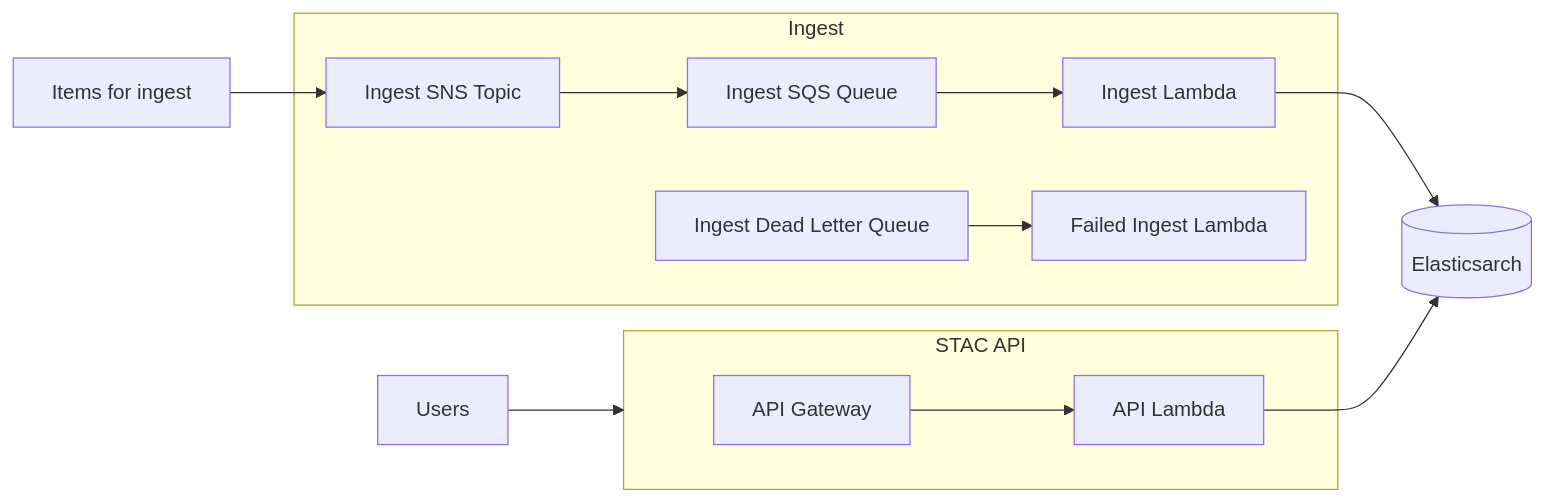
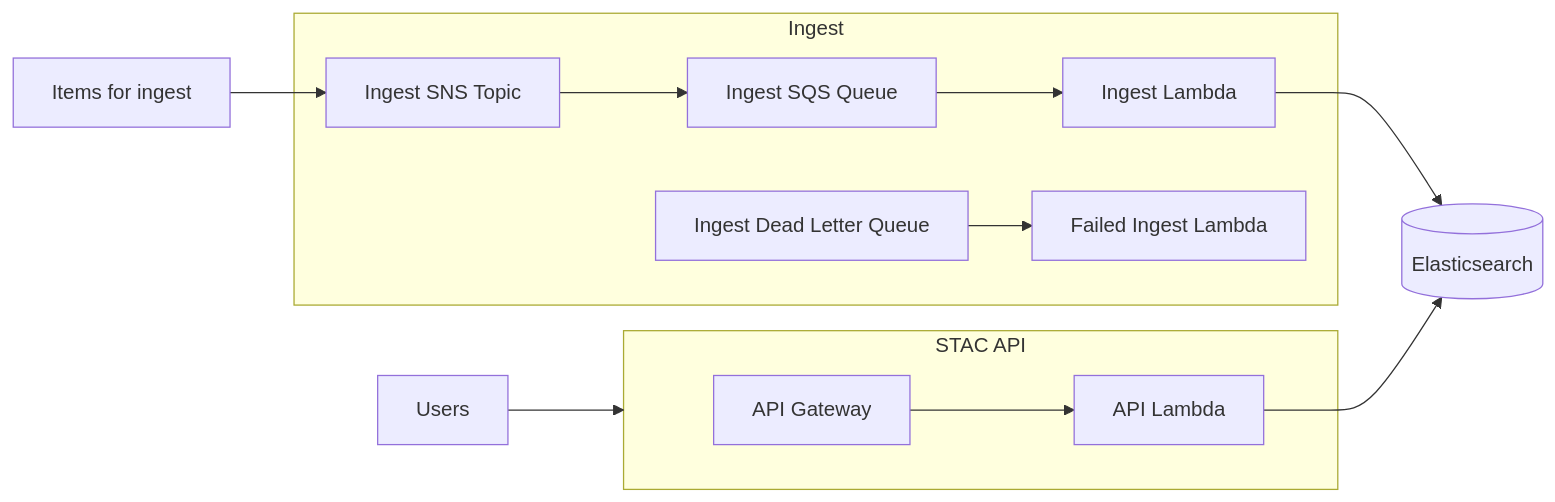
Before and after one commit to stac-utils/stac-server: the diagram in README.md, drawn with Mermaid.

Commit message:
Fix another typo

````diff
--- a/README.md
+++ b/README.md
@@ -41,39 +41,39 @@
 ```mermaid
 flowchart LR
 
 itemsForIngest[Items for ingest]
 
 subgraph ingest[Ingest]
   ingestSnsTopic[Ingest SNS Topic]
   ingestQueue[Ingest SQS Queue]
   ingestLambda[Ingest Lambda]
 
   ingestDeadLetterQueue[Ingest Dead Letter Queue]
   failedIngestLambda[Failed Ingest Lambda]
 end
 
 users[Users]
 
 subgraph api[STAC API]
   apiGateway[API Gateway]
   apiLambda[API Lambda]
 end
 
 elasticsearch[(Elasticsearch)]
 
 %% Ingest workflow
 
 itemsForIngest --> ingestSnsTopic
 ingestSnsTopic --> ingestQueue
 ingestQueue --> ingestLambda
-ingestLambda --> elasticsearch[(Elasticsarch)]
+ingestLambda --> elasticsearch
 
 ingestDeadLetterQueue --> failedIngestLambda
 
 %% API workflow
 
 users --> api
 apiGateway --> apiLambda
 apiLambda --> elasticsearch
 
 ```
````
